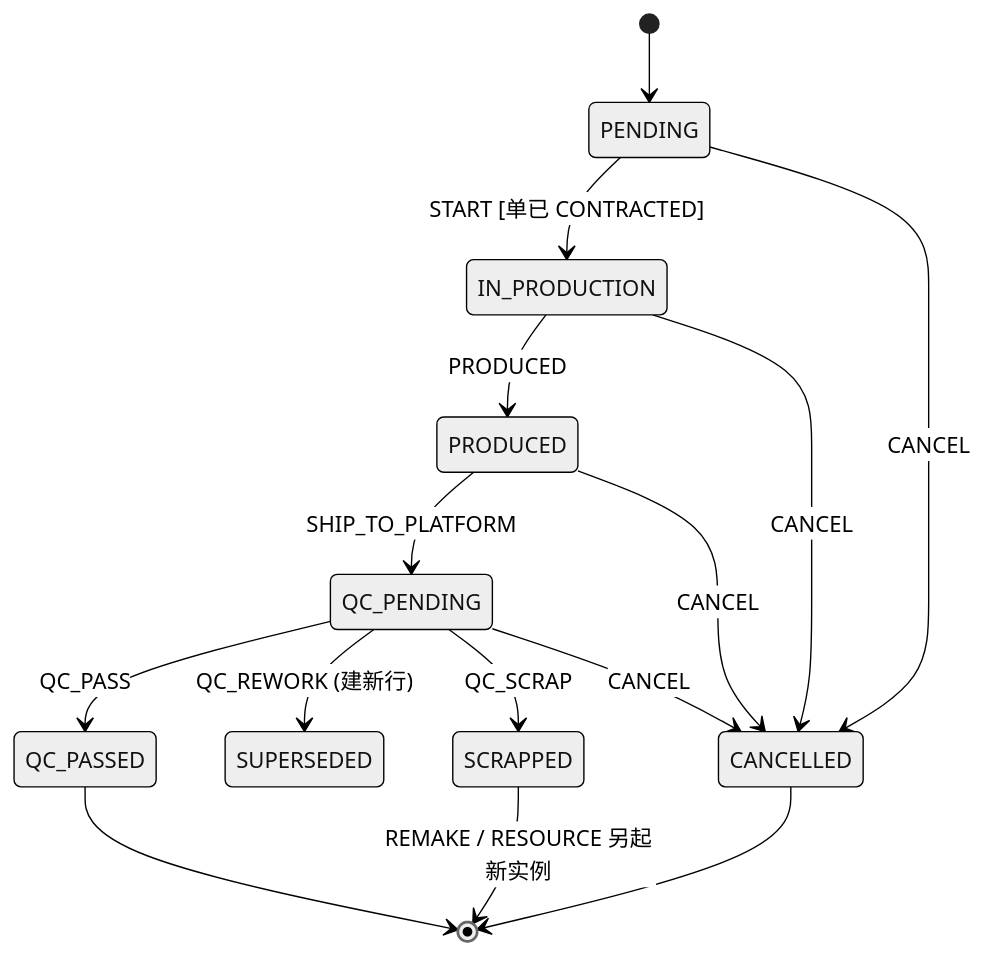
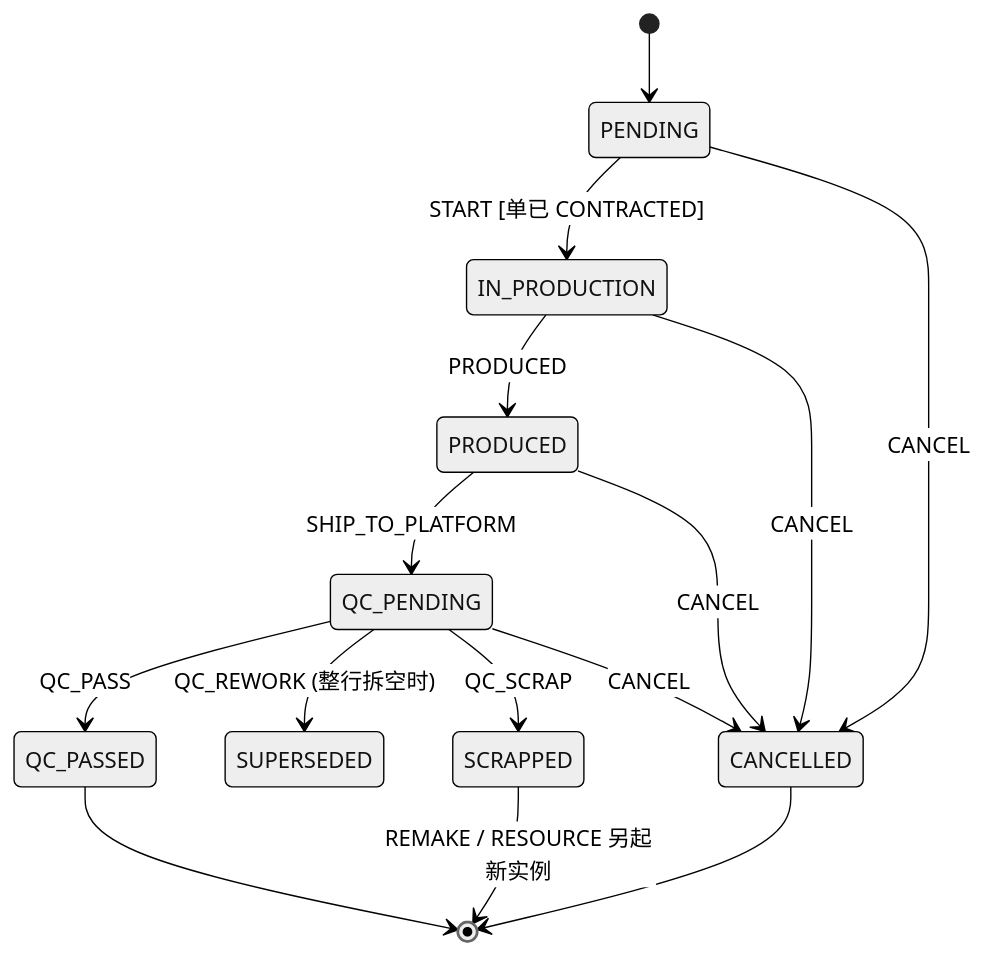
The fourth of 4 diagrams in docs/design/12-订单与零件状态机.md (yubeining/yuhao_website), drawn with Mermaid (neutral theme) before and after one commit. The commit also changed other lines of this file and 1 other file, not shown here.

````diff
--- a/docs/design/12-订单与零件状态机.md
+++ b/docs/design/12-订单与零件状态机.md
@@ -294,17 +322,17 @@
 ```mermaid
 stateDiagram-v2
     [*] --> PENDING
     PENDING --> IN_PRODUCTION: START [单已 CONTRACTED]
     IN_PRODUCTION --> PRODUCED: PRODUCED
     PRODUCED --> QC_PENDING: SHIP_TO_PLATFORM
     QC_PENDING --> QC_PASSED: QC_PASS
-    QC_PENDING --> SUPERSEDED: QC_REWORK (建新行)
+    QC_PENDING --> SUPERSEDED: QC_REWORK (整行拆空时)
     QC_PENDING --> SCRAPPED: QC_SCRAP
     PENDING --> CANCELLED: CANCEL
     IN_PRODUCTION --> CANCELLED: CANCEL
     PRODUCED --> CANCELLED: CANCEL
     QC_PENDING --> CANCELLED: CANCEL
     QC_PASSED --> [*]
     SCRAPPED --> [*]: REMAKE / RESOURCE 另起新实例
     CANCELLED --> [*]
 ```
````
